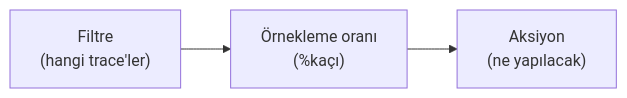
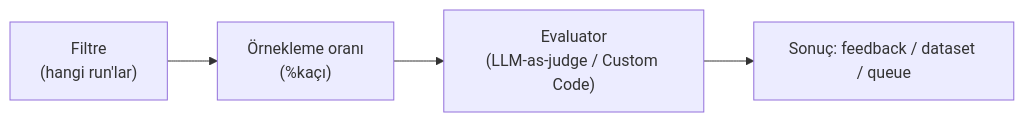
One commit to emineksknc/langsmith-turkce changed the diagram in docs/evaluation/online-evaluation.md. Above: the diagram before and after it, drawn with Mermaid. The commit also changed other lines of this file and 13 other files, not shown here.

````diff
--- a/docs/evaluation/online-evaluation.md
+++ b/docs/evaluation/online-evaluation.md
@@ -11,5 +11,6 @@
 ```mermaid
 flowchart LR
-    filter["Filtre<br/>(hangi trace'ler)"] --> sampling["Örnekleme oranı<br/>(%kaçı)"]
-    sampling --> action["Aksiyon<br/>(ne yapılacak)"]
+    filter["Filtre<br/>(hangi run'lar)"] --> sampling["Örnekleme oranı<br/>(%kaçı)"]
+    sampling --> evaluator["Evaluator<br/>(LLM-as-judge / Custom Code)"]
+    evaluator --> action["Sonuç: feedback / dataset / queue"]
 ```
````
